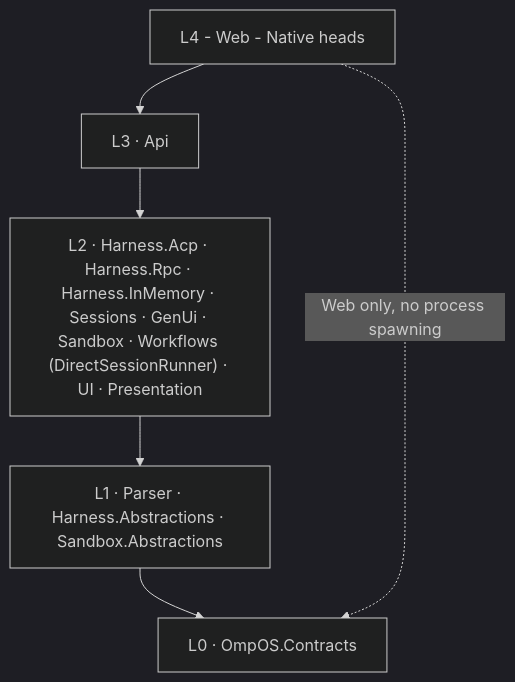
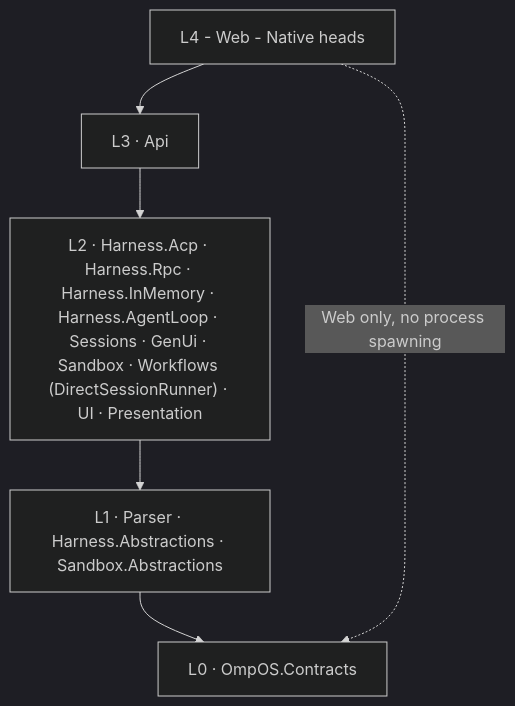
Before and after one commit to swcstudiospace/OmpOS: the first of 2 diagrams in docs/architecture.md, drawn with Mermaid (dark theme). The commit also changed other lines of this file and 16 other files, not shown here.

````diff
--- a/docs/architecture.md
+++ b/docs/architecture.md
@@ -7,13 +7,13 @@
 ```mermaid
 flowchart TB
     L0["L0 · OmpOS.Contracts"]
     L1["L1 · Parser · Harness.Abstractions · Sandbox.Abstractions"]
-    L2["L2 · Harness.Acp · Harness.Rpc · Harness.InMemory · Sessions · GenUi · Sandbox · Workflows (DirectSessionRunner) · UI · Presentation"]
+    L2["L2 · Harness.Acp · Harness.Rpc · Harness.InMemory · Harness.AgentLoop · Sessions · GenUi · Sandbox · Workflows (DirectSessionRunner) · UI · Presentation"]
     L3["L3 · Api"]
     L4["L4 - Web - Native heads"]
     L4 --> L3
     L3 --> L2
     L2 --> L1
     L1 --> L0
     L4 -. Web only, no process spawning .-> L0
 ```
````
